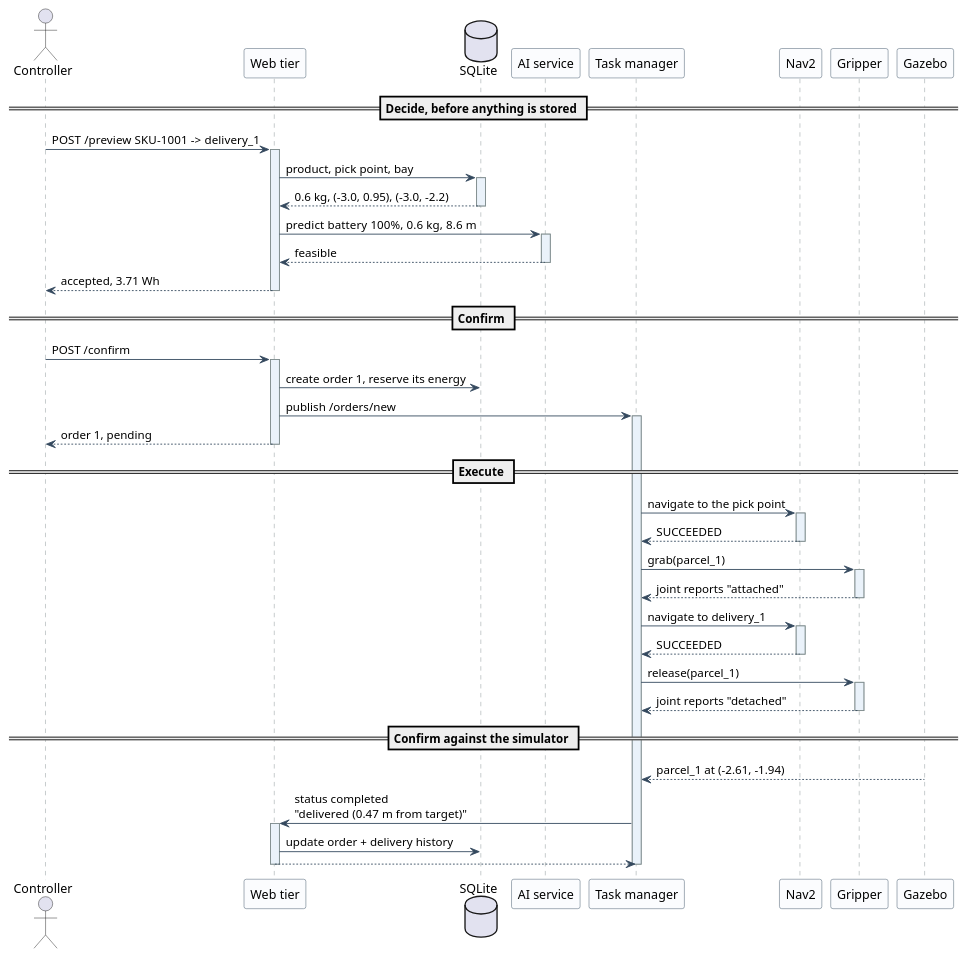
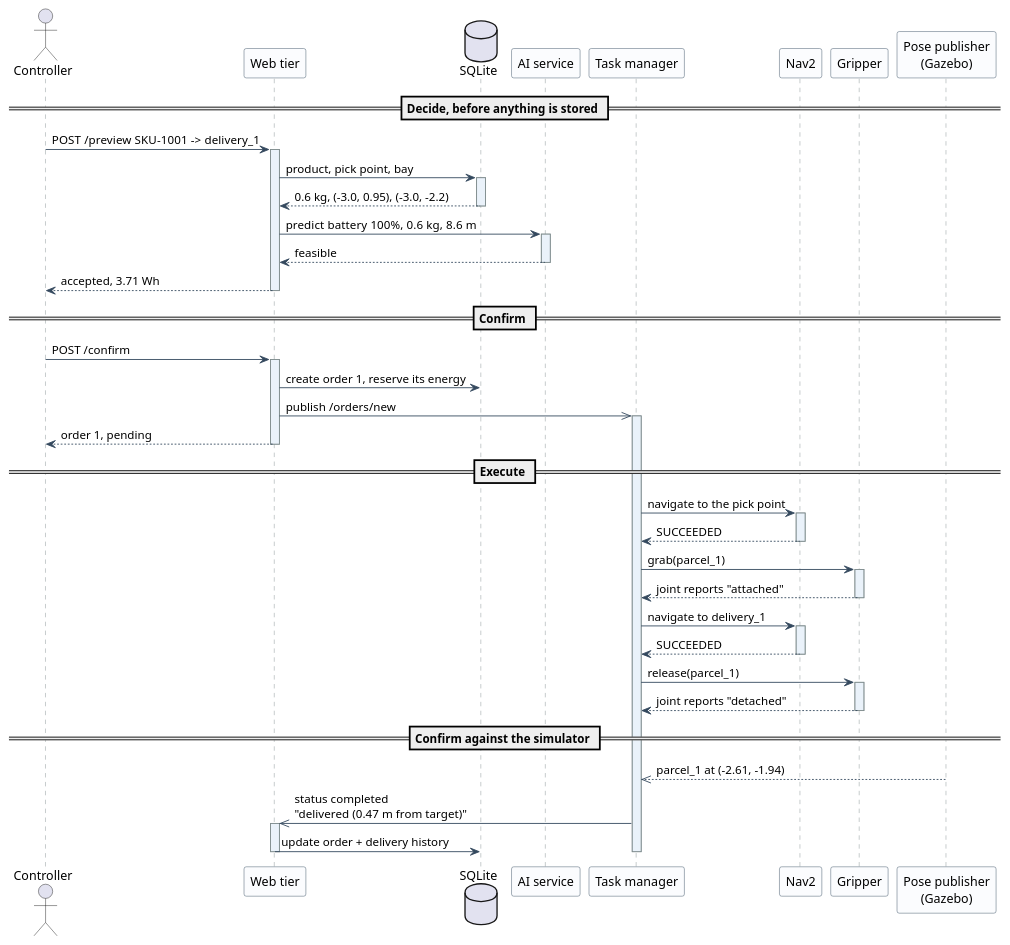
Before and after one commit to ArianShafagh/robofetch: the diagram in report/uml/03-sequence-order-success.puml, drawn with PlantUML. The commit also changed other lines of this file and 3 other files, not shown here.

First line of the commit message:
Sequence diagrams: remove a reply that does not exist, and fix arrowheads

```diff
--- a/report/uml/03-sequence-order-success.puml
+++ b/report/uml/03-sequence-order-success.puml
@@ -8,53 +11,54 @@
 @startuml
 skinparam backgroundColor White
 skinparam shadowing false
 skinparam sequence {
   ArrowColor #34495E
   LifeLineBorderColor #7F8C8D
   ParticipantBorderColor #34495E
   ParticipantBackgroundColor #FBFCFE
   LifeLineBackgroundColor #EAF2FA
 }
 
 
 actor Controller as C
 participant "Web tier" as API
 database "SQLite" as DB
 participant "AI service" as AI
 participant "Task manager" as TM
 participant "Nav2" as NAV
 participant "Gripper" as GR
-participant "Gazebo" as GZ
+participant "Pose publisher\n(Gazebo)" as GZ
 
 == Decide, before anything is stored ==
 C -> API ++ : POST /preview  SKU-1001 -> delivery_1
 API -> DB ++ : product, pick point, bay
 DB --> API -- : 0.6 kg, (-3.0, 0.95), (-3.0, -2.2)
 API -> AI ++ : predict  battery 100%, 0.6 kg, 8.6 m
 AI --> API -- : feasible
 API --> C -- : accepted, 3.71 Wh
 
 == Confirm ==
 C -> API ++ : POST /confirm
 API -> DB : create order 1, reserve its energy
-API -> TM ++ : publish /orders/new
+API ->> TM ++ : publish /orders/new
 API --> C -- : order 1, pending
 
 == Execute ==
 TM -> NAV ++ : navigate to the pick point
 NAV --> TM -- : SUCCEEDED
 TM -> GR ++ : grab(parcel_1)
 GR --> TM -- : joint reports "attached"
 TM -> NAV ++ : navigate to delivery_1
 NAV --> TM -- : SUCCEEDED
 TM -> GR ++ : release(parcel_1)
 GR --> TM -- : joint reports "detached"
 
 == Confirm against the simulator ==
-GZ --> TM : parcel_1 at (-2.61, -1.94)
-TM -> API ++ : status completed\n"delivered (0.47 m from target)"
+GZ -->> TM : parcel_1 at (-2.61, -1.94)
+TM ->> API : status completed\n"delivered (0.47 m from target)"
+activate API
 API -> DB : update order + delivery history
-API --> TM --
+deactivate API
 deactivate TM
 
 @enduml
```
